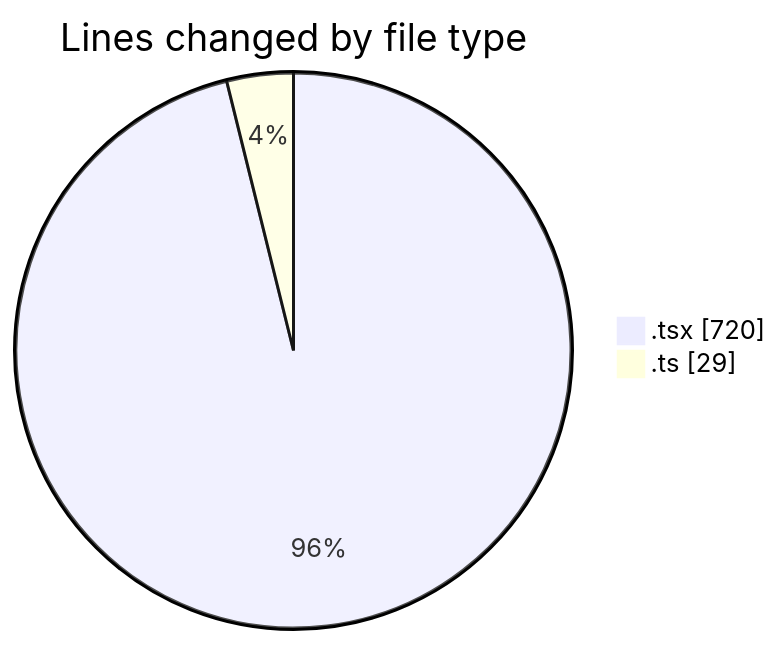
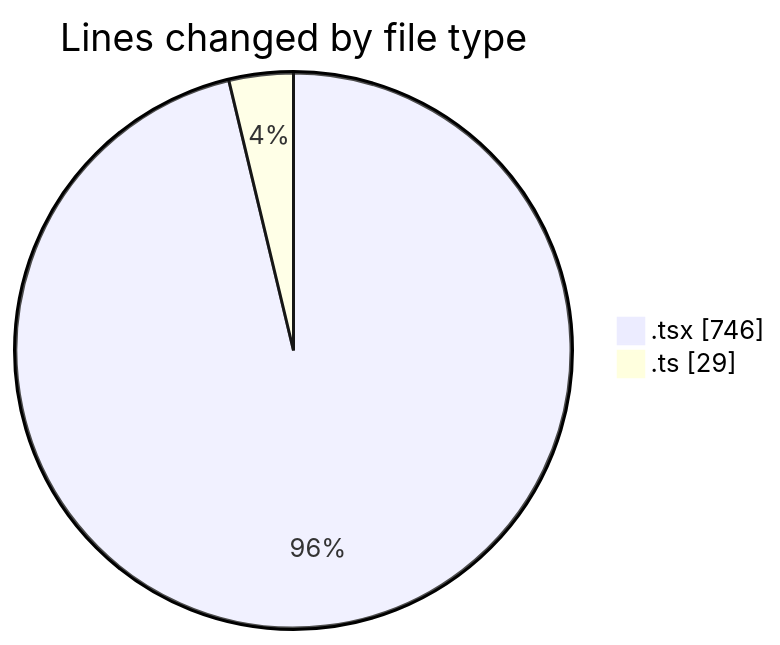
The first of 2 diagrams in 2026-04-07/airfeed-analytics-dashboard/README.md (nxtqubesakshisongat/code-tracking), drawn with Mermaid before and after one commit. The commit also changed other lines of this file and 1 other file, not shown here.

````diff
--- a/2026-04-07/airfeed-analytics-dashboard/README.md
+++ b/2026-04-07/airfeed-analytics-dashboard/README.md
@@ -27,6 +27,6 @@
 ```mermaid
 pie showData
 title Lines changed by file type
-".tsx" : 720
+".tsx" : 746
 ".ts" : 29
 ```
````
